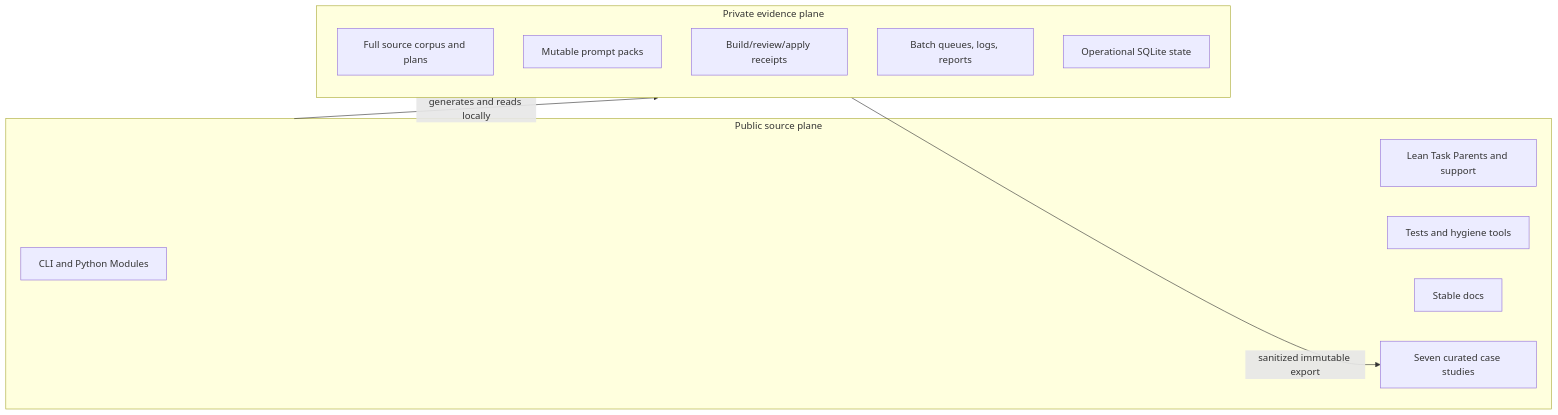
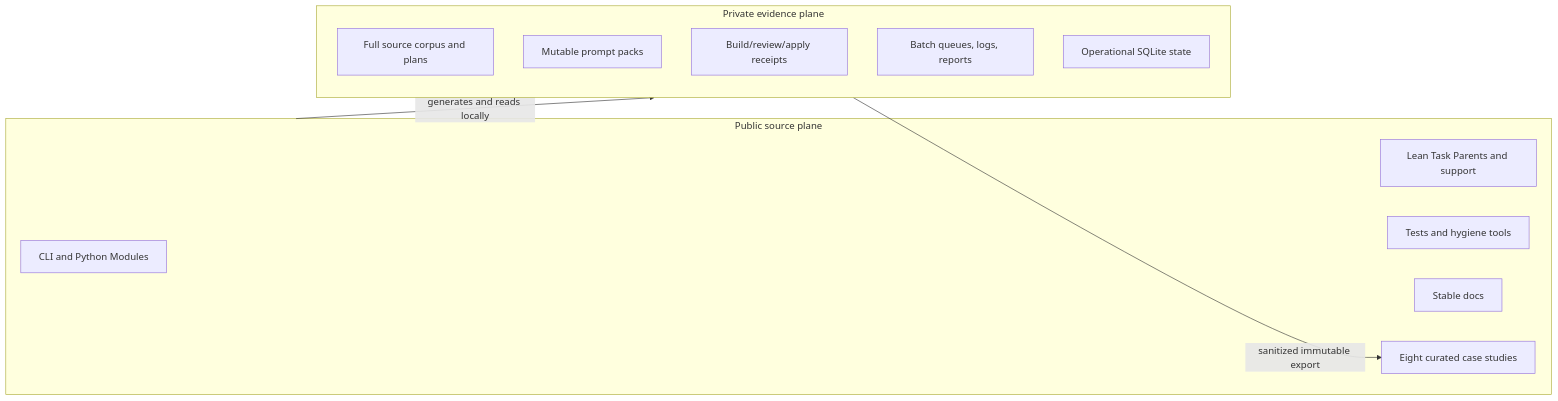
One commit to Kind-NK-Hill/toy-apollo changed the second of 2 diagrams in docs/architecture.md. Above: the diagram before and after it, drawn with Mermaid. The commit also changed 22 other files, not shown here.

````diff
--- a/docs/architecture.md
+++ b/docs/architecture.md
@@ -55,21 +55,21 @@
 ```mermaid
 flowchart LR
   subgraph SOURCE[Public source plane]
     CLI[CLI and Python Modules]
     LEAN[Lean Task Parents and support]
     TESTS[Tests and hygiene tools]
     DOCS[Stable docs]
-    CASES[Seven curated case studies]
+    CASES[Eight curated case studies]
   end
 
   subgraph EVIDENCE[Private evidence plane]
     CORPUS[Full source corpus and plans]
     PACKS[Mutable prompt packs]
     RECEIPTS[Build/review/apply receipts]
     BATCH[Batch queues, logs, reports]
     STATE[Operational SQLite state]
   end
 
   SOURCE -->|generates and reads locally| EVIDENCE
   EVIDENCE -->|sanitized immutable export| CASES
 ```
````
